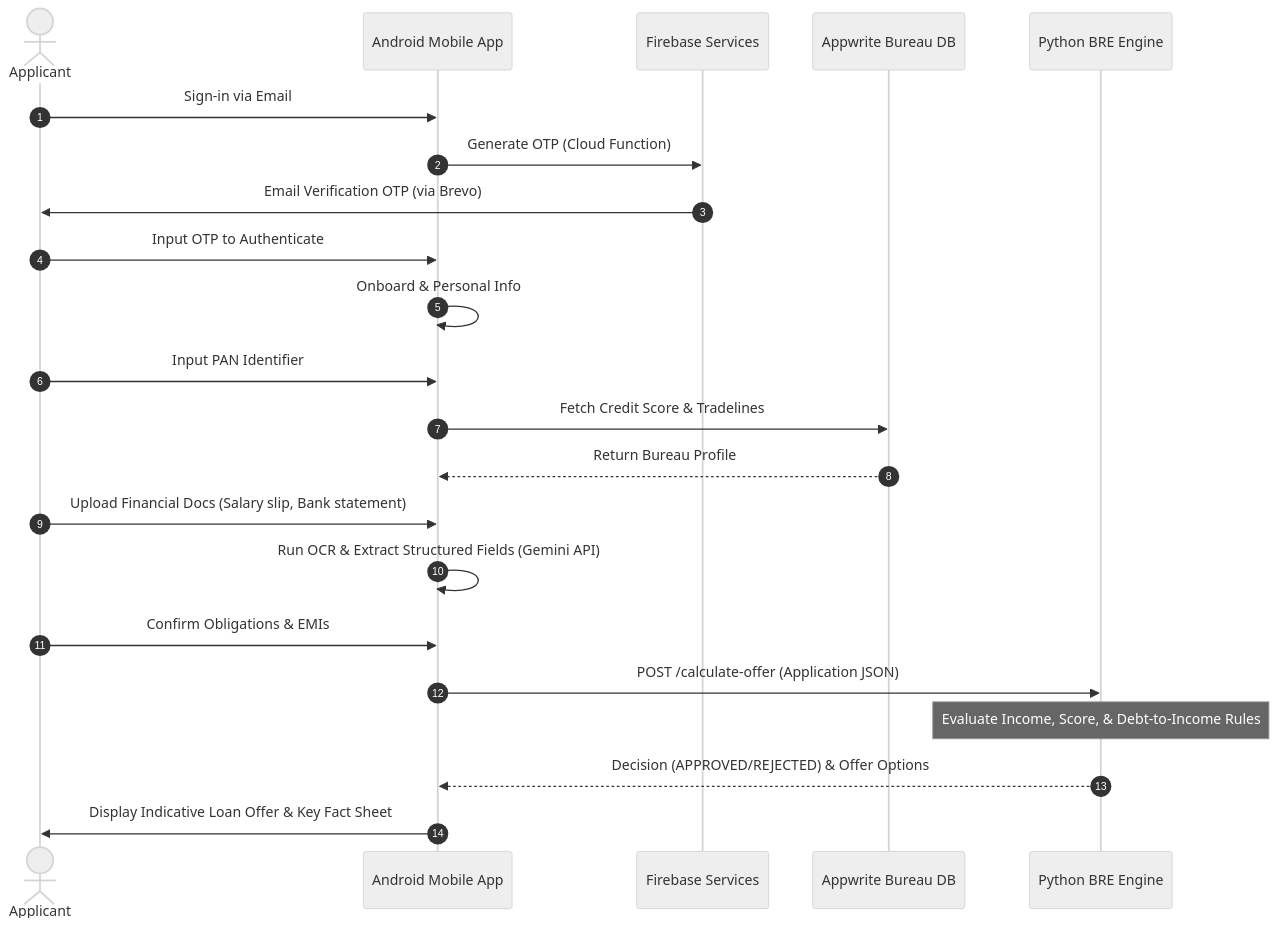
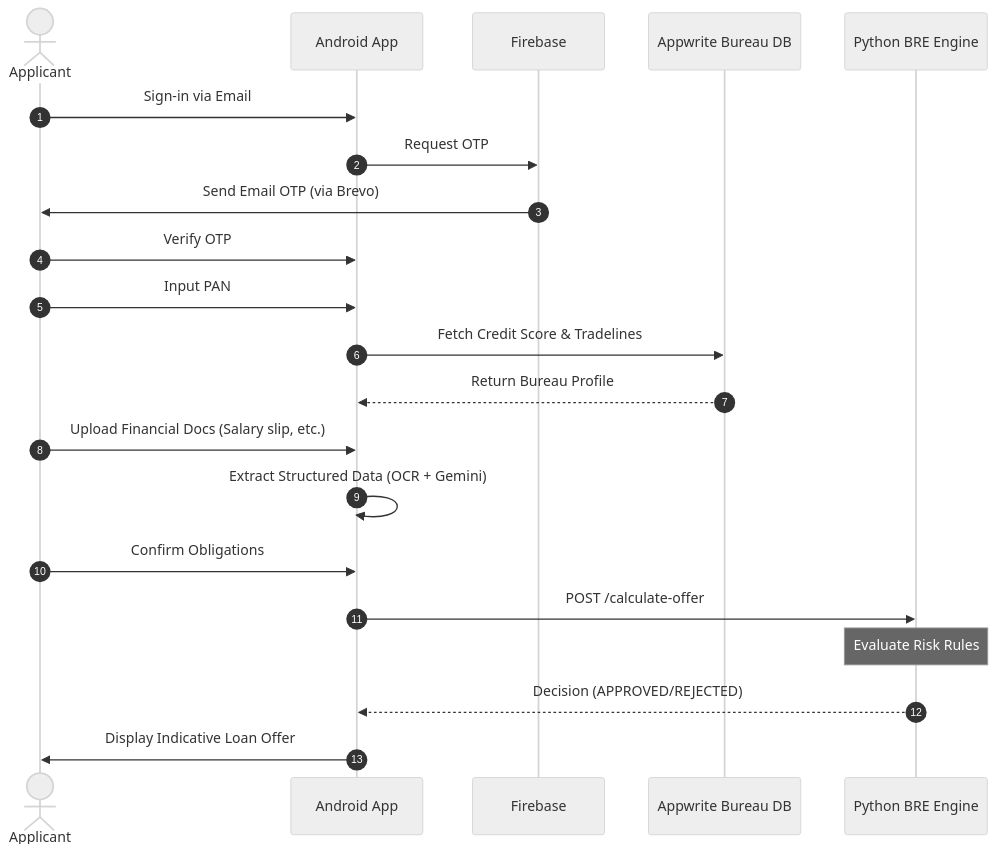
Before and after one commit to rupinrd3/LoansAI: the second of 2 diagrams in README.md, drawn with Mermaid (neutral theme). The commit also changed other lines of this file, not shown here.

````diff
--- a/README.md
+++ b/README.md
@@ -46,25 +67,24 @@
 ```mermaid
 sequenceDiagram
     autonumber
     actor User as Applicant
-    participant App as Android Mobile App
-    participant FB as Firebase Services
+    participant App as Android App
+    participant FB as Firebase
     participant AW as Appwrite Bureau DB
     participant BRE as Python BRE Engine
 
     User->>App: Sign-in via Email
-    App->>FB: Generate OTP (Cloud Function)
-    FB->>User: Email Verification OTP (via Brevo)
-    User->>App: Input OTP to Authenticate
-    App->>App: Onboard & Personal Info
-    User->>App: Input PAN Identifier
+    App->>FB: Request OTP
+    FB->>User: Send Email OTP (via Brevo)
+    User->>App: Verify OTP
+    User->>App: Input PAN
     App->>AW: Fetch Credit Score & Tradelines
     AW-->>App: Return Bureau Profile
-    User->>App: Upload Financial Docs (Salary slip, Bank statement)
-    App->>App: Run OCR & Extract Structured Fields (Gemini API)
-    User->>App: Confirm Obligations & EMIs
-    App->>BRE: POST /calculate-offer (Application JSON)
-    Note over BRE: Evaluate Income, Score, & Debt-to-Income Rules
-    BRE-->>App: Decision (APPROVED/REJECTED) & Offer Options
-    App->>User: Display Indicative Loan Offer & Key Fact Sheet
+    User->>App: Upload Financial Docs (Salary slip, etc.)
+    App->>App: Extract Structured Data (OCR + Gemini)
+    User->>App: Confirm Obligations
+    App->>BRE: POST /calculate-offer
+    Note over BRE: Evaluate Risk Rules
+    BRE-->>App: Decision (APPROVED/REJECTED)
+    App->>User: Display Indicative Loan Offer
 ```
````
